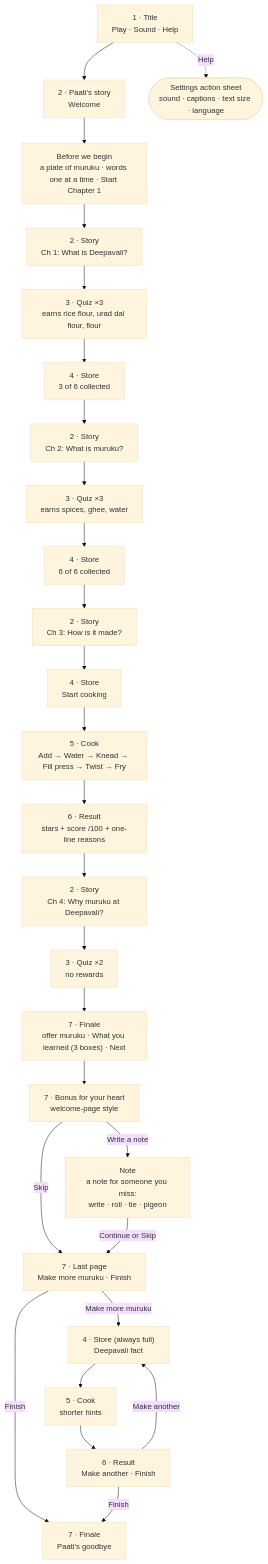
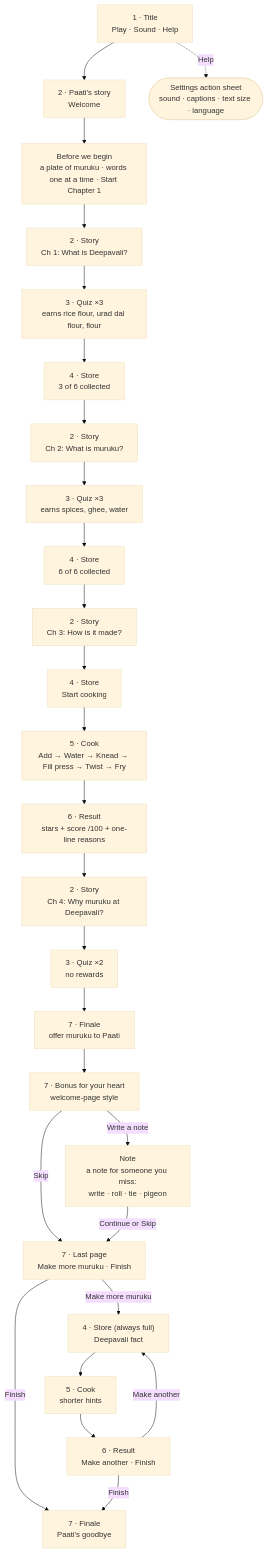
One commit to krishanala/paatis-recipe-kitchen changed the diagram in docs/user-flow.md. Above: the diagram before and after it, drawn with Mermaid (base theme). The commit also changed other lines of this file and 3 other files, not shown here.

First line of the commit message:
Finale: take out the three jars and What you learned

````diff
--- a/docs/user-flow.md
+++ b/docs/user-flow.md
@@ -5,34 +5,34 @@
 ```mermaid
 flowchart TD
     T["1 · Title<br/>Play · Sound · Help"] --> W["2 · Paati's story<br/>Welcome"]
     T -. Help .-> S(["Settings action sheet<br/>sound · captions · text size · language"])
 
     W --> I["Before we begin<br/>a plate of muruku · words one at a time · Start Chapter 1"]
     I --> C1["2 · Story<br/>Ch 1: What is Deepavali?"]
     C1 --> Q1["3 · Quiz ×3<br/>earns rice flour, urad dal flour, flour"]
     Q1 --> ST1["4 · Store<br/>3 of 6 collected"]
 
     ST1 --> C2["2 · Story<br/>Ch 2: What is muruku?"]
     C2 --> Q2["3 · Quiz ×3<br/>earns spices, ghee, water"]
     Q2 --> ST2["4 · Store<br/>6 of 6 collected"]
 
     ST2 --> C3["2 · Story<br/>Ch 3: How is it made?"]
     C3 --> ST3["4 · Store<br/>Start cooking"]
     ST3 --> K["5 · Cook<br/>Add → Water → Knead → Fill press → Twist → Fry"]
     K --> R["6 · Result<br/>stars + score /100 + one-line reasons"]
 
     R --> C4["2 · Story<br/>Ch 4: Why muruku at Deepavali?"]
     C4 --> Q4["3 · Quiz ×2<br/>no rewards"]
-    Q4 --> F["7 · Finale<br/>offer muruku · What you learned (3 boxes) · Next"]
+    Q4 --> F["7 · Finale<br/>offer muruku to Paati"]
     F --> B["7 · Bonus for your heart<br/>welcome-page style"]
     B -- Write a note --> N["Note<br/>a note for someone you miss:<br/>write · roll · tie · pigeon"]
     B -- Skip --> C["7 · Last page<br/>Make more muruku · Finish"]
     N -- Continue or Skip --> C
     C -- Finish --> G["7 · Finale<br/>Paati's goodbye"]
 
     C -- Make more muruku --> FK["4 · Store (always full)<br/>Deepavali fact"]
     FK --> K2["5 · Cook<br/>shorter hints"]
     K2 --> R2["6 · Result<br/>Make another · Finish"]
     R2 -- Make another --> FK
     R2 -- Finish --> G
 ```
````
